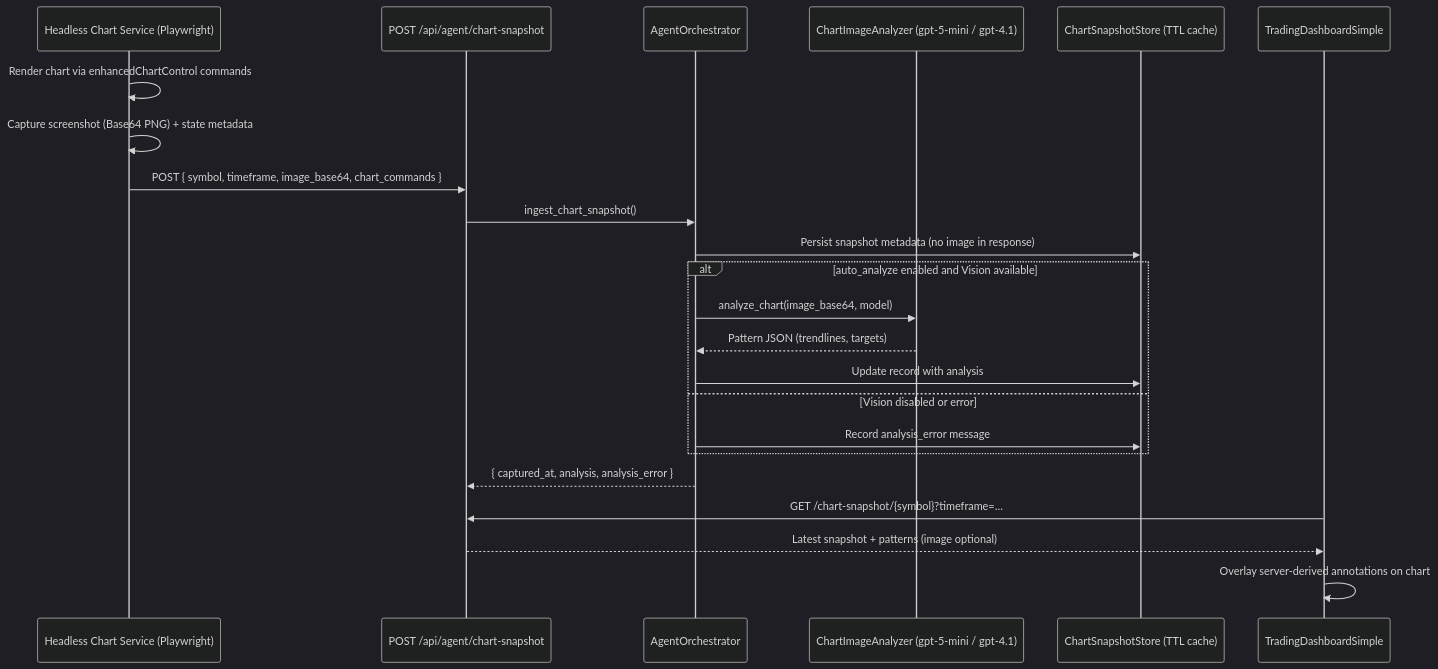
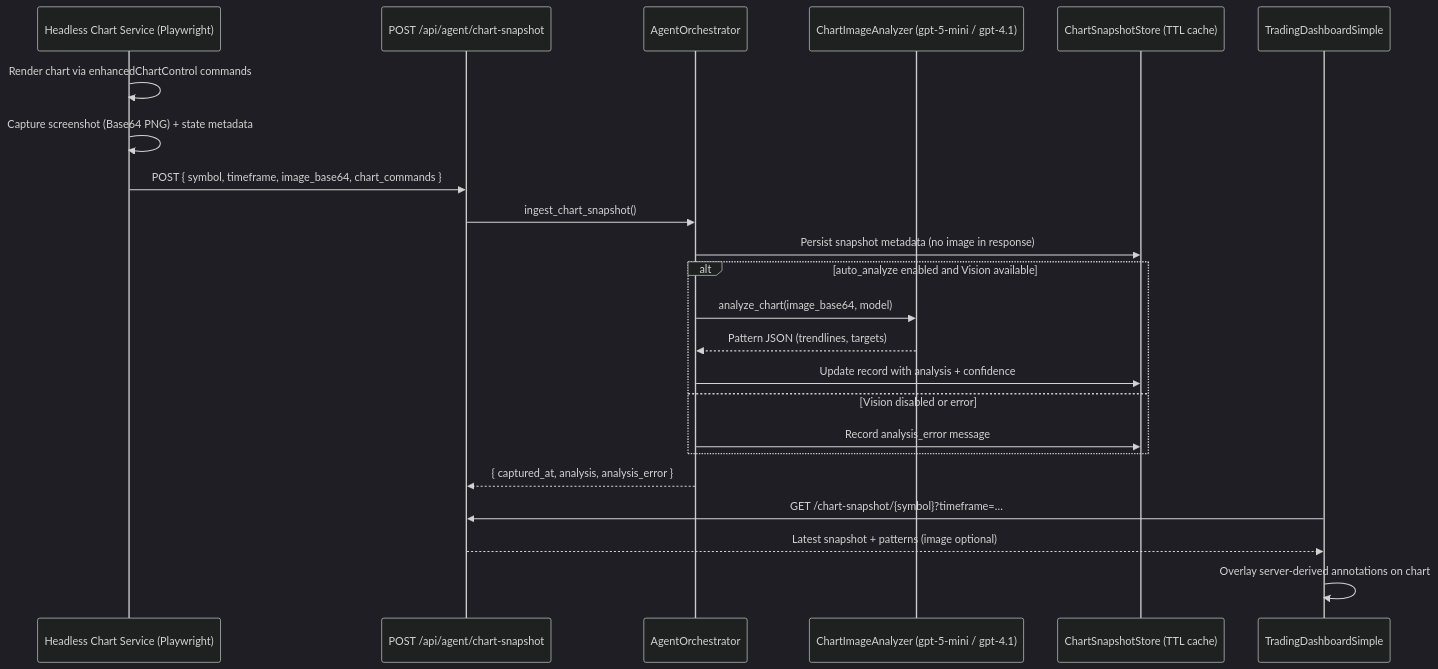
One commit to ChipsMetaverse/gvses-market-insights changed the fourth of 15 diagrams in mermaid.md. Above: the diagram before and after it, drawn with Mermaid (dark theme). The commit also changed other lines of this file and 19 other files, not shown here.

````diff
--- a/mermaid.md
+++ b/mermaid.md
@@ -126,26 +163,26 @@
 ```mermaid
 sequenceDiagram
     participant Headless as Headless Chart Service (Playwright)
     participant SnapshotAPI as POST /api/agent/chart-snapshot
     participant Orchestrator as AgentOrchestrator
     participant Vision as ChartImageAnalyzer (gpt-5-mini / gpt-4.1)
     participant Store as ChartSnapshotStore (TTL cache)
     participant Frontend as TradingDashboardSimple
 
     Headless->>Headless: Render chart via enhancedChartControl commands
     Headless->>Headless: Capture screenshot (Base64 PNG) + state metadata
     Headless->>SnapshotAPI: POST { symbol, timeframe, image_base64, chart_commands }
     SnapshotAPI->>Orchestrator: ingest_chart_snapshot()
     Orchestrator->>Store: Persist snapshot metadata (no image in response)
     alt auto_analyze enabled and Vision available
         Orchestrator->>Vision: analyze_chart(image_base64, model)
         Vision-->>Orchestrator: Pattern JSON (trendlines, targets)
-        Orchestrator->>Store: Update record with analysis
+        Orchestrator->>Store: Update record with analysis + confidence
     else Vision disabled or error
         Orchestrator->>Store: Record analysis_error message
     end
     Orchestrator-->>SnapshotAPI: { captured_at, analysis, analysis_error }
     Frontend->>SnapshotAPI: GET /chart-snapshot/{symbol}?timeframe=…
     SnapshotAPI-->>Frontend: Latest snapshot + patterns (image optional)
     Frontend->>Frontend: Overlay server-derived annotations on chart
 ```
````
